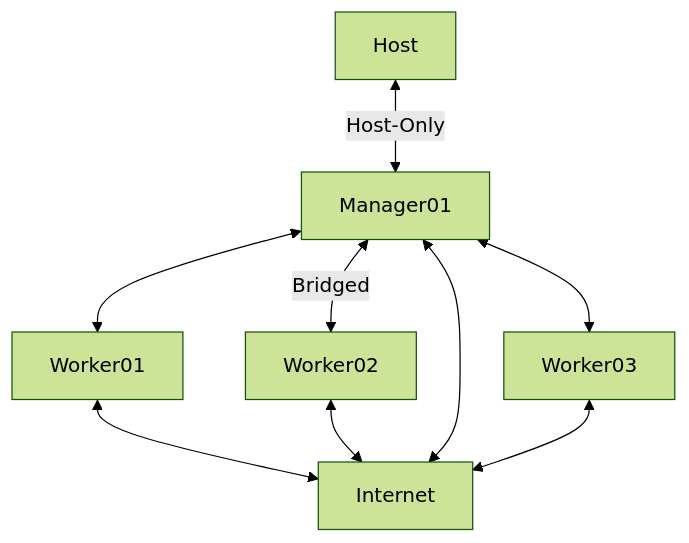
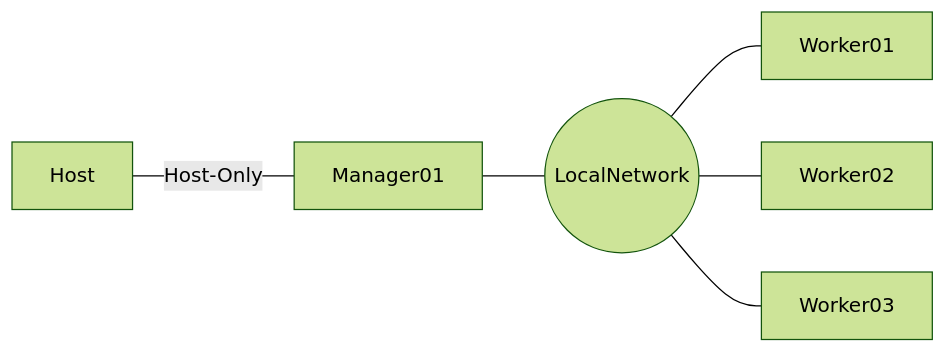
One commit to pgaljan/snippets changed the diagram in K3SLite.md. Above: the diagram before and after it, drawn with Mermaid (forest theme).

````diff
--- a/K3SLite.md
+++ b/K3SLite.md
@@ -11,11 +11,8 @@
 ```mermaid
-graph TD;
-    Host<-->|Host-Only|Manager01;
-    Manager01<-->Worker01
-    Manager01<-->|Bridged|Worker02
-    Manager01<-->Worker03
-    Worker01<-->Internet
-    Worker02<-->Internet
-    Manager01<-->Internet
-    Worker03<-->Internet
+flowchart LR;
+    Host---|Host-Only|Manager01;
+    Manager01---LocalNetwork((LocalNetwork))
+    LocalNetwork---Worker01
+    LocalNetwork---Worker02
+    LocalNetwork---Worker03
 ```
````
